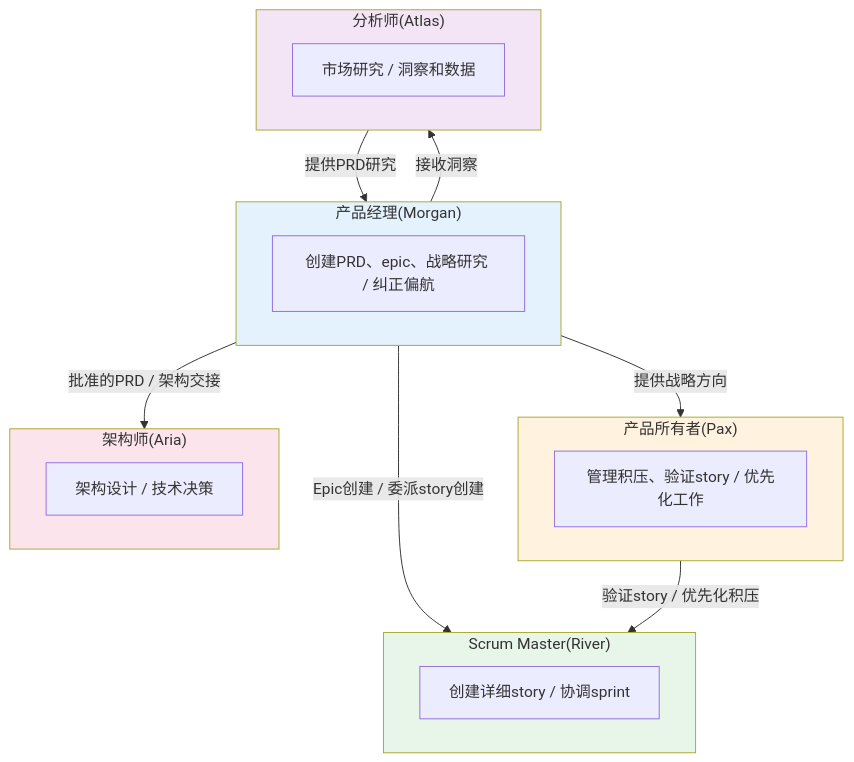
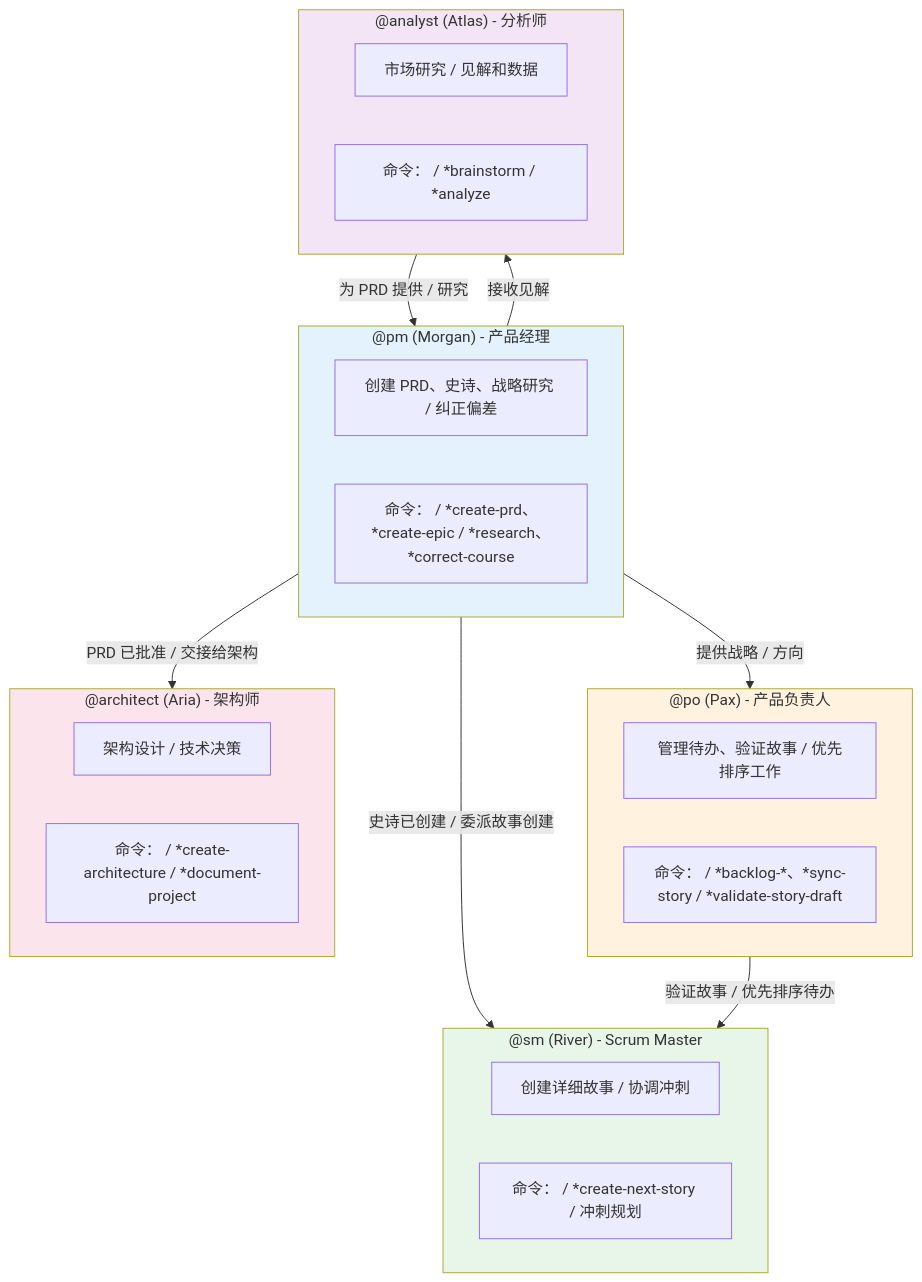
One commit to bychrisr/aios-docs changed the seventh of 8 diagrams in content/en/docs/zh/aios-agent-flows/pm-system.mdx. Above: the diagram before and after it, drawn with Mermaid. The commit also changed other lines of this file and 26 other files, not shown here.

````diff
--- a/content/en/docs/zh/aios-agent-flows/pm-system.mdx
+++ b/content/en/docs/zh/aios-agent-flows/pm-system.mdx
@@ -177,36 +465,41 @@
 ```mermaid
 flowchart TB
-    subgraph PM_BOX["产品经理(Morgan)"]
-        PM_DESC["创建PRD、epic、战略研究 / 纠正偏航"]
+    subgraph PM_BOX["@pm (Morgan) - 产品经理"]
+        PM_DESC["创建 PRD、史诗、战略研究 / 纠正偏差"]
+        PM_CMDS["命令： / *create-prd、*create-epic / *research、*correct-course"]
     end
 
-    subgraph PO_BOX["产品所有者(Pax)"]
-        PO_DESC["管理积压、验证story / 优先化工作"]
+    subgraph PO_BOX["@po (Pax) - 产品负责人"]
+        PO_DESC["管理待办、验证故事 / 优先排序工作"]
+        PO_CMDS["命令： / *backlog-*、*sync-story / *validate-story-draft"]
     end
 
-    subgraph SM_BOX["Scrum Master(River)"]
-        SM_DESC["创建详细story / 协调sprint"]
+    subgraph SM_BOX["@sm (River) - Scrum Master"]
+        SM_DESC["创建详细故事 / 协调冲刺"]
+        SM_CMDS["命令： / *create-next-story / 冲刺规划"]
     end
 
-    subgraph ARCHITECT_BOX["架构师(Aria)"]
+    subgraph ARCHITECT_BOX["@architect (Aria) - 架构师"]
         ARCH_DESC["架构设计 / 技术决策"]
+        ARCH_CMDS["命令： / *create-architecture / *document-project"]
     end
 
-    subgraph ANALYST_BOX["分析师(Atlas)"]
-        ANALYST_DESC["市场研究 / 洞察和数据"]
+    subgraph ANALYST_BOX["@analyst (Atlas) - 分析师"]
+        ANALYST_DESC["市场研究 / 见解和数据"]
+        ANALYST_CMDS["命令： / *brainstorm / *analyze"]
     end
 
-    PM_BOX -->|"批准的PRD / 架构交接"| ARCHITECT_BOX
-    PM_BOX -->|"Epic创建 / 委派story创建"| SM_BOX
-    PM_BOX -->|"接收洞察"| ANALYST_BOX
-    PM_BOX -->|"提供战略方向"| PO_BOX
+    PM_BOX -->|"PRD 已批准 / 交接给架构"| ARCHITECT_BOX
+    PM_BOX -->|"史诗已创建 / 委派故事创建"| SM_BOX
+    PM_BOX -->|"接收见解"| ANALYST_BOX
+    PM_BOX -->|"提供战略 / 方向"| PO_BOX
 
-    PO_BOX -->|"验证story / 优先化积压"| SM_BOX
-    ANALYST_BOX -->|"提供PRD研究"| PM_BOX
+    PO_BOX -->|"验证故事 / 优先排序待办"| SM_BOX
+    ANALYST_BOX -->|"为 PRD 提供 / 研究"| PM_BOX
 
     style PM_BOX fill:#e3f2fd
     style PO_BOX fill:#fff3e0
     style SM_BOX fill:#e8f5e9
     style ARCHITECT_BOX fill:#fce4ec
     style ANALYST_BOX fill:#f3e5f5
 ```
````
